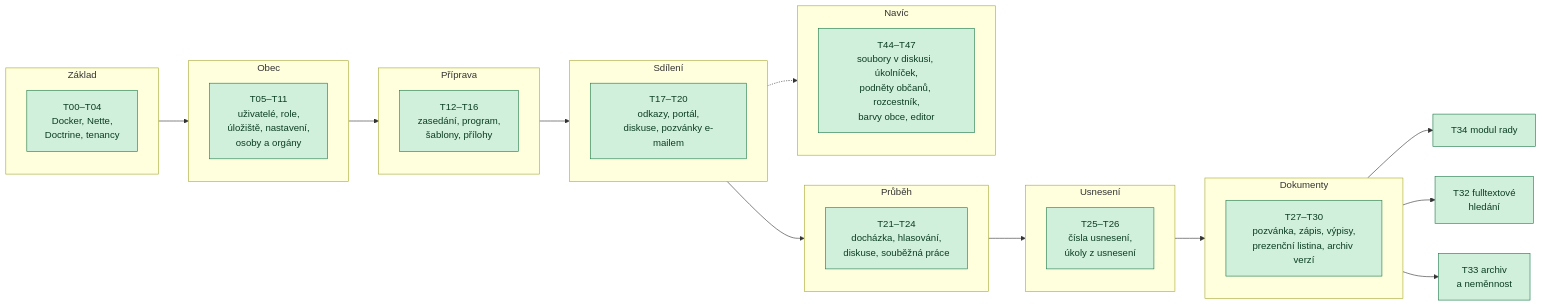
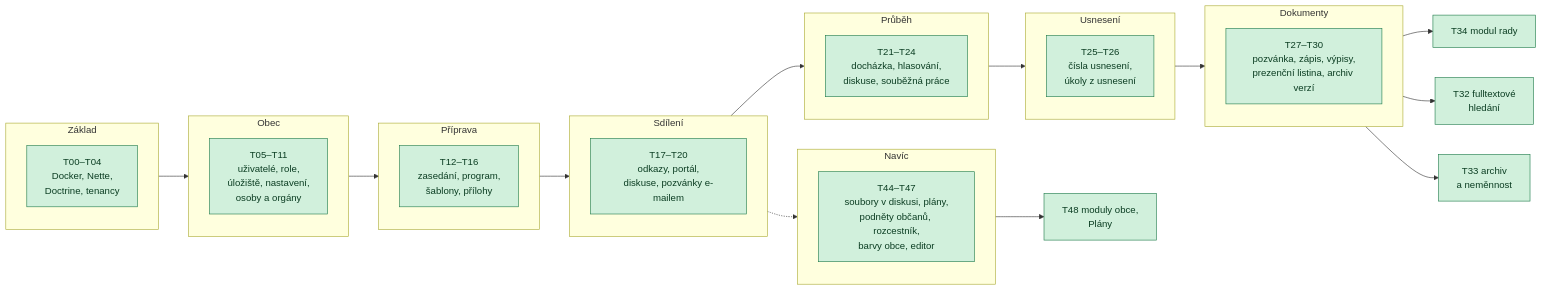
The diagram in doc/wiki/09-plan-a-stav.md (731mat/konsel), drawn with Mermaid before and after one commit. The commit also changed other lines of this file and 68 other files, not shown here.

First line of the commit message:
T48: moduly obce a přejmenování úkolníčku na Plány

````diff
--- a/doc/wiki/09-plan-a-stav.md
+++ b/doc/wiki/09-plan-a-stav.md
@@ -7,38 +7,40 @@
 ```mermaid
 flowchart LR
     subgraph F0["Základ"]
         T00[T00–T04<br/>Docker, Nette,<br/>Doctrine, tenancy]
     end
     subgraph F1["Obec"]
         T05[T05–T11<br/>uživatelé, role,<br/>úložiště, nastavení,<br/>osoby a orgány]
     end
     subgraph F2["Příprava"]
         T12[T12–T16<br/>zasedání, program,<br/>šablony, přílohy]
     end
     subgraph F3["Sdílení"]
         T17[T17–T20<br/>odkazy, portál,<br/>diskuse, pozvánky e-mailem]
     end
     subgraph F4["Průběh"]
         T21[T21–T24<br/>docházka, hlasování,<br/>diskuse, souběžná práce]
     end
     subgraph F5["Usnesení"]
         T25[T25–T26<br/>čísla usnesení,<br/>úkoly z usnesení]
     end
     subgraph F6["Dokumenty"]
         T28[T27–T30<br/>pozvánka, zápis, výpisy,<br/>prezenční listina, archiv verzí]
     end
     subgraph F10["Navíc"]
-        T44[T44–T47<br/>soubory v diskusi, úkolníček,<br/>podněty občanů, rozcestník,<br/>barvy obce, editor]
+        T44[T44–T47<br/>soubory v diskusi, plány,<br/>podněty občanů, rozcestník,<br/>barvy obce, editor]
     end
     T34[T34 modul rady]
     T32[T32 fulltextové<br/>hledání]
     T33[T33 archiv<br/>a neměnnost]
+    T48[T48 moduly obce,<br/>Plány]
     F0 --> F1 --> F2 --> F3 --> F4 --> F5 --> F6
     F6 --> T34
     F6 --> T32
     F6 --> T33
+    F10 --> T48
     F3 -.-> F10
 
     classDef done fill:#d1f0dc,stroke:#1e7b4a,color:#0b3d22;
-    class T00,T05,T12,T17,T21,T25,T28,T44,T34,T32,T33 done;
+    class T00,T05,T12,T17,T21,T25,T28,T44,T34,T32,T33,T48 done;
 ```
````
